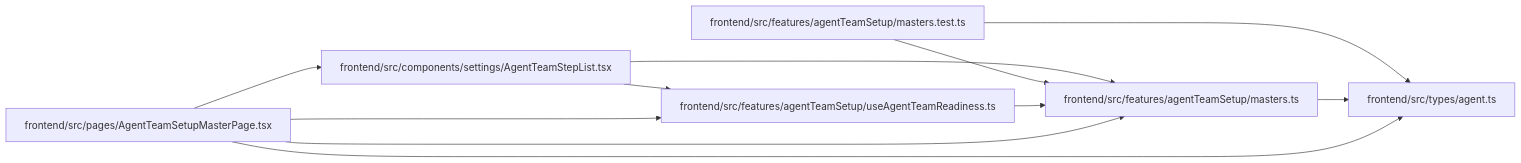
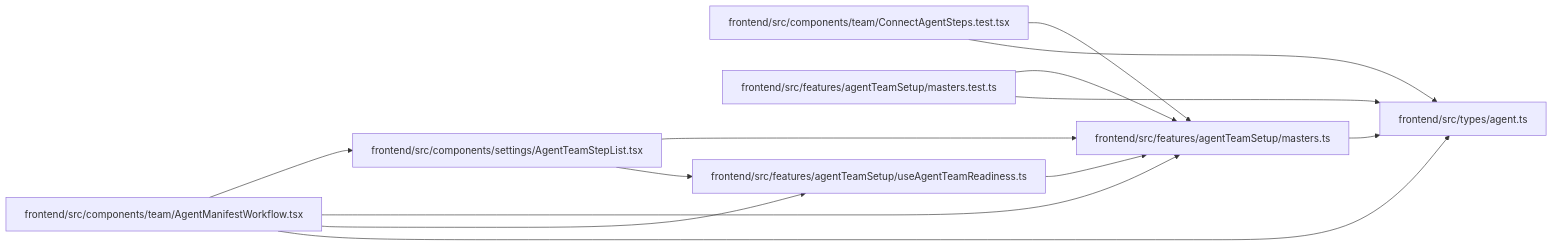
The diagram in docs/llm_wiki/modules/agentTeamSetup_masters.md (Denissvgn/WorkChord), drawn with Mermaid before and after one commit. The commit also changed other lines of this file and 2373 other files, not shown here.

````diff
--- a/docs/llm_wiki/modules/agentTeamSetup_masters.md
+++ b/docs/llm_wiki/modules/agentTeamSetup_masters.md
@@ -28,25 +28,29 @@
 ```mermaid
 flowchart LR
     n0["frontend/src/components/settings/AgentTeamStepList.tsx"]
-    n1["frontend/src/features/agentTeamSetup/masters.test.ts"]
-    n2["frontend/src/features/agentTeamSetup/masters.ts"]
-    n3["frontend/src/features/agentTeamSetup/useAgentTeamReadiness.ts"]
-    n4["frontend/src/pages/AgentTeamSetupMasterPage.tsx"]
-    n5["frontend/src/types/agent.ts"]
-    n0 --> n2
-    n0 --> n3
-    n1 --> n2
+    n1["frontend/src/components/team/AgentManifestWorkflow.tsx"]
+    n2["frontend/src/components/team/ConnectAgentSteps.test.tsx"]
+    n3["frontend/src/features/agentTeamSetup/masters.test.ts"]
+    n4["frontend/src/features/agentTeamSetup/masters.ts"]
+    n5["frontend/src/features/agentTeamSetup/useAgentTeamReadiness.ts"]
+    n6["frontend/src/types/agent.ts"]
+    n0 --> n4
+    n0 --> n5
+    n1 --> n0
+    n1 --> n4
     n1 --> n5
-    n2 --> n5
-    n3 --> n2
-    n4 --> n0
-    n4 --> n2
-    n4 --> n3
-    n4 --> n5
+    n1 --> n6
+    n2 --> n4
+    n2 --> n6
+    n3 --> n4
+    n3 --> n6
+    n4 --> n6
+    n5 --> n4
     click n0 "../modules/AgentTeamStepList.md"
-    click n1 "../modules/agentTeamSetup_masters.test.md"
-    click n2 "../modules/agentTeamSetup_masters.md"
-    click n3 "../modules/useAgentTeamReadiness.md"
-    click n4 "../modules/AgentTeamSetupMasterPage.md"
-    click n5 "../modules/types_agent.md"
+    click n1 "../modules/AgentManifestWorkflow.md"
+    click n2 "../modules/ConnectAgentSteps.test.md"
+    click n3 "../modules/agentTeamSetup_masters.test.md"
+    click n4 "../modules/agentTeamSetup_masters.md"
+    click n5 "../modules/useAgentTeamReadiness.md"
+    click n6 "../modules/types_agent.md"
 ```
````
